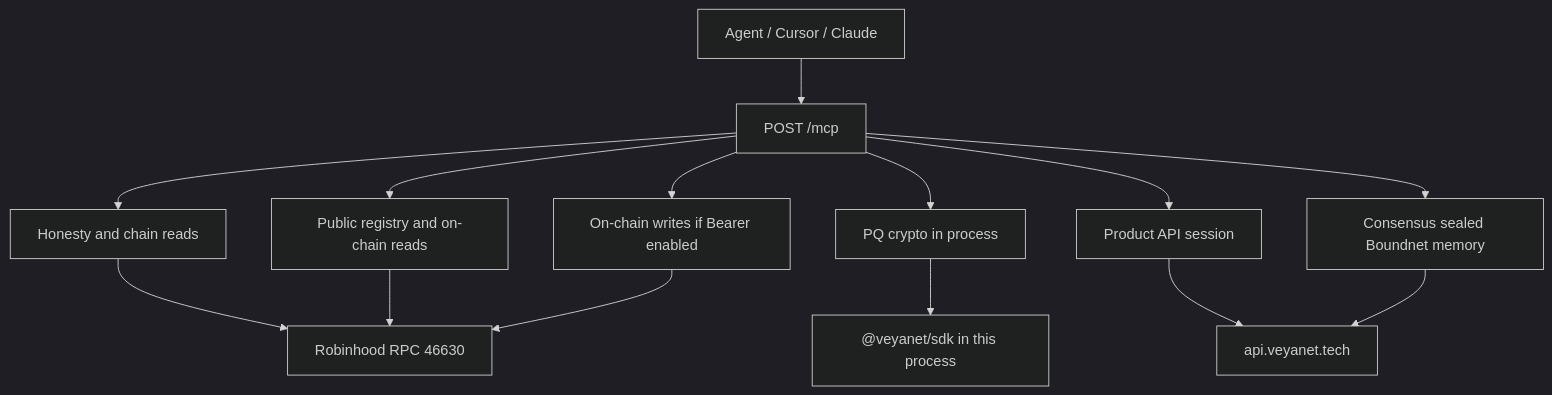
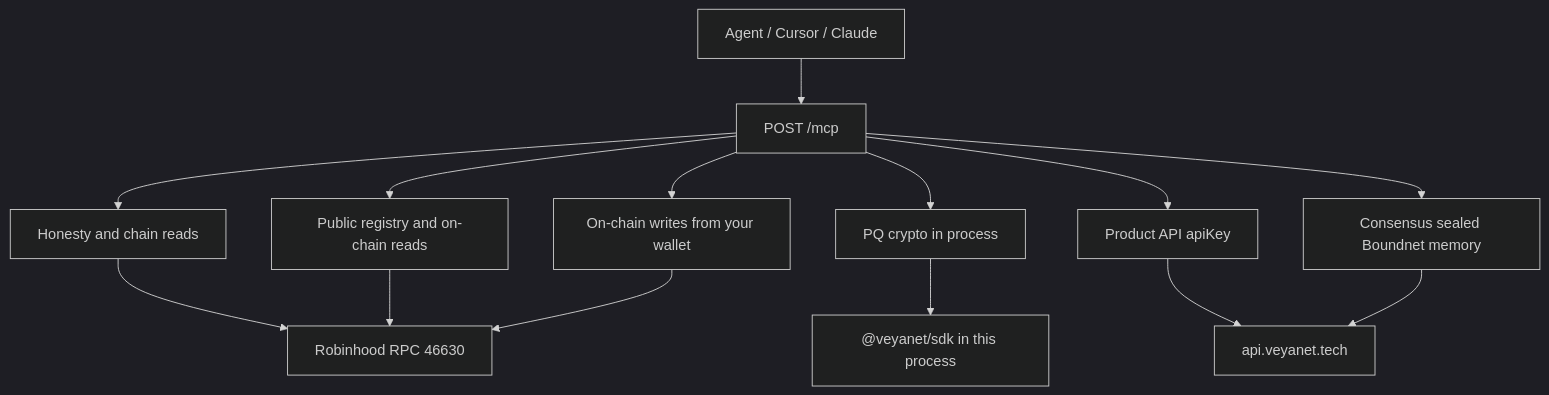
Before and after one commit to veyanet/veya-mcp: the diagram in docs/TOOLS.md, drawn with Mermaid (dark theme). The commit also changed other lines of this file, not shown here.

Commit message:
docs: catalog every mcp tool with args and returns

````diff
--- a/docs/TOOLS.md
+++ b/docs/TOOLS.md
@@ -62,16 +62,16 @@
 ```mermaid
 flowchart TB
   Agent["Agent / Cursor / Claude"] --> MCP["POST /mcp"]
   MCP --> Honesty["Honesty and chain reads"]
   MCP --> Crypto["PQ crypto in process"]
   MCP --> Fleet["Consensus sealed Boundnet memory"]
   MCP --> Registry["Public registry and on-chain reads"]
-  MCP --> Product["Product API session"]
-  MCP --> Writes["On-chain writes if Bearer enabled"]
+  MCP --> Product["Product API apiKey"]
+  MCP --> Writes["On-chain writes from your wallet"]
   Honesty --> RPC["Robinhood RPC 46630"]
   Registry --> RPC
   Writes --> RPC
   Product --> API["api.veyanet.tech"]
   Fleet --> API
   Crypto --> SDK["@veyanet/sdk in this process"]
 ```
````
